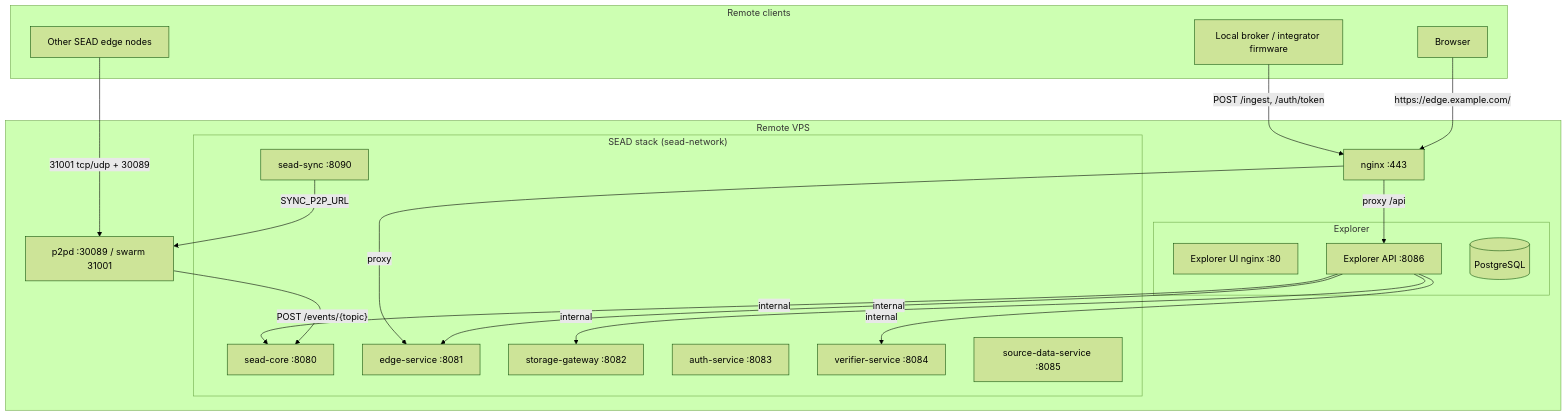
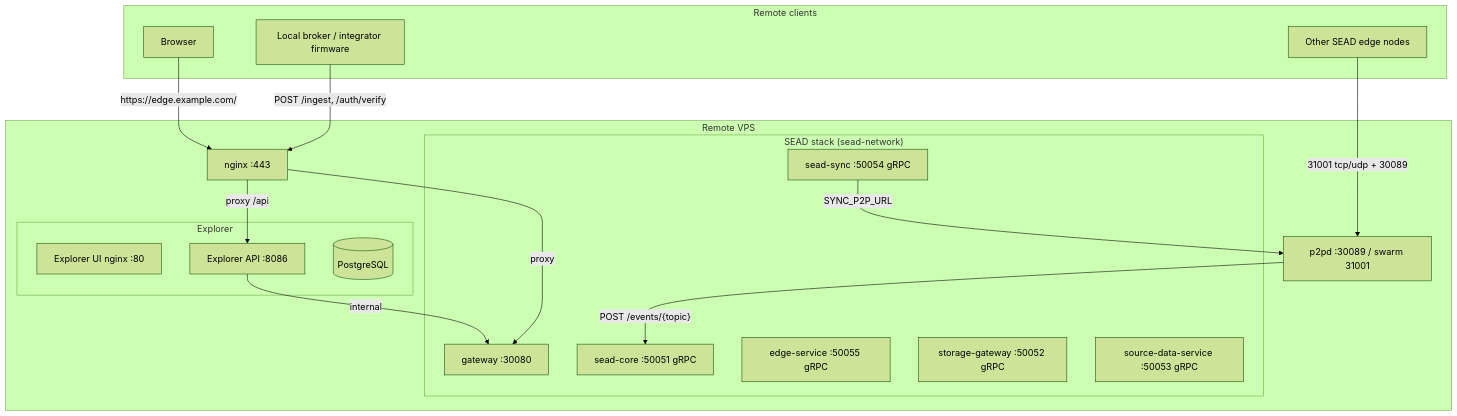
The diagram in docs/setup-vps.md (Stardome-technology/stardome-sead), drawn with Mermaid (forest theme) before and after one commit. The commit also changed other lines of this file and 2 other files, not shown here.

Commit message:
Update documentation for Go Gateway migration: consolidate services, adjust port configurations, and clarify API endpoints

````diff
--- a/docs/setup-vps.md
+++ b/docs/setup-vps.md
@@ -13,39 +18,35 @@
 ```mermaid
 graph TB
     subgraph "Remote VPS"
         subgraph "SEAD stack (sead-network)"
-            SC[sead-core :8080]
-            ES[edge-service :8081]
-            SG[storage-gateway :8082]
-            AU[auth-service :8083]
-            VR[verifier-service :8084]
-            SD[source-data-service :8085]
-            SY[sead-sync :8090]
+            GW[gateway :30080]
+            SC[sead-core :50051 gRPC]
+            ES[edge-service :50055 gRPC]
+            SG[storage-gateway :50052 gRPC]
+            SD[source-data-service :50053 gRPC]
+            SY[sead-sync :50054 gRPC]
         end
         subgraph "Explorer"
             UI[Explorer UI nginx :80]
             API[Explorer API :8086]
             DB[(PostgreSQL)]
         end
         P2P[p2pd :30089 / swarm 31001]
         NGINX[nginx :443]
     end
 
     subgraph "Remote clients"
         BR[Local broker / integrator firmware]
         OTH[Other SEAD edge nodes]
         BROWSER[Browser]
     end
 
-    BR -->|"POST /ingest, /auth/token"| NGINX
-    NGINX -->|proxy| ES
+    BR -->|"POST /ingest, /auth/verify"| NGINX
+    NGINX -->|proxy| GW
     BROWSER -->|"https://edge.example.com/"| NGINX
     NGINX -->|proxy /api| API
-    API -->|internal| SC
-    API -->|internal| ES
-    API -->|internal| SG
-    API -->|internal| VR
+    API -->|internal| GW
     OTH -->|"31001 tcp/udp + 30089"| P2P
     P2P -->|"POST /events/{topic}"| SC
     SY -->|"SYNC_P2P_URL"| P2P
 ```
````
